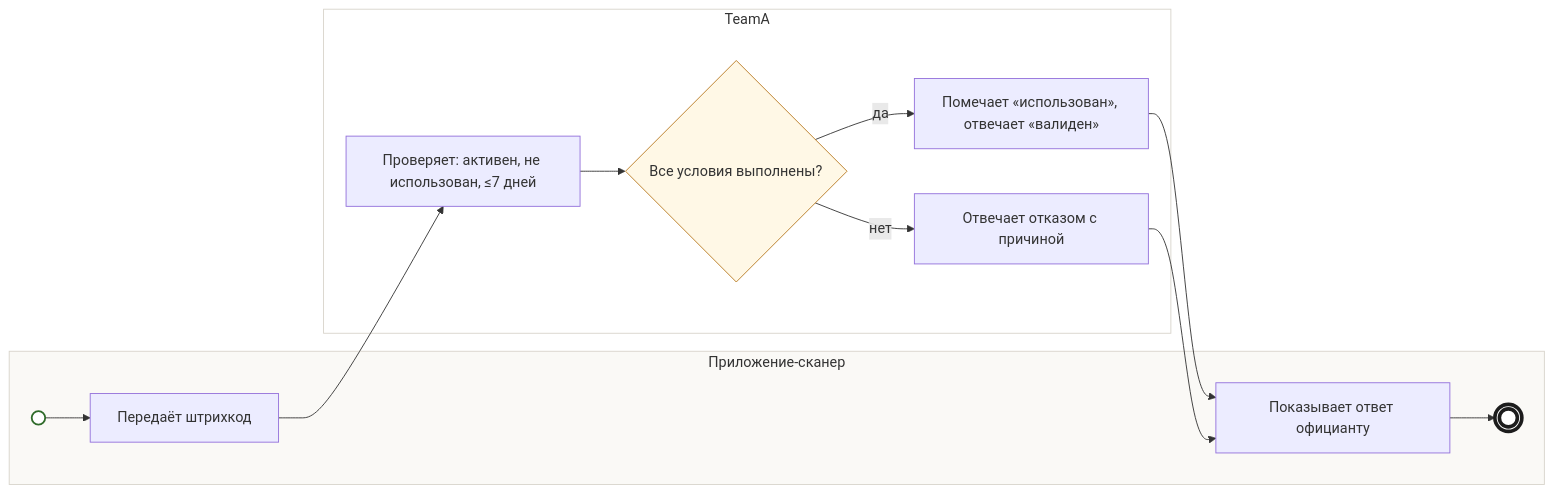
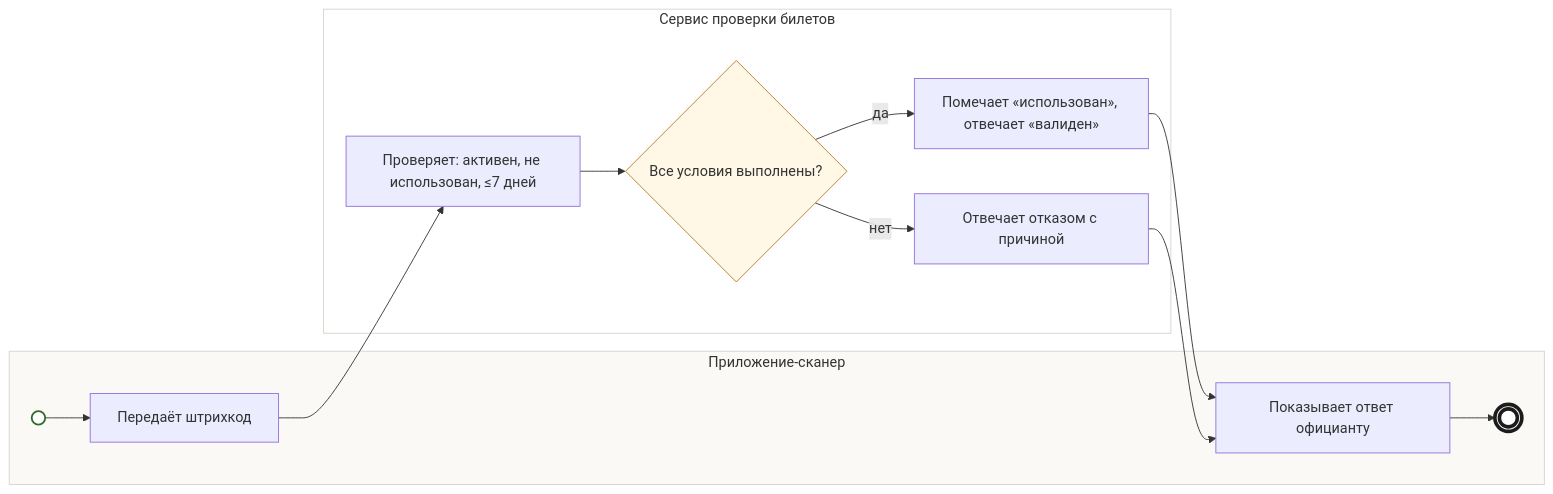
One commit to po-helper-org/poh-blueprint-writer changed the diagram in skills/bft-blueprint/examples/dineclub-restart-blueprint/backlog/tasks/bp-16.1 - Проверка-билета-активен-не-использован-≤7-дней.md. Above: the diagram before and after it, drawn with Mermaid. The commit also changed other lines of this file and 32 other files, not shown here.

````diff
--- a/skills/bft-blueprint/examples/dineclub-restart-blueprint/backlog/tasks/bp-16.1 - Проверка-билета-активен-не-использован-≤7-дней.md
+++ b/skills/bft-blueprint/examples/dineclub-restart-blueprint/backlog/tasks/bp-16.1 - Проверка-билета-активен-не-использован-≤7-дней.md
@@ -40,32 +40,32 @@
 ```mermaid
 flowchart LR
   subgraph L1["Приложение-сканер"]
     S((" "))
     N1["Передаёт штрихкод"]
     N6["Показывает ответ официанту"]
     E(((" ")))
   end
-  subgraph L2["TeamA"]
+  subgraph L2["Сервис проверки билетов"]
     N2["Проверяет: активен, не использован, ≤7 дней"]
     G3{"Все условия выполнены?"}
     N4["Помечает «использован», отвечает «валиден»"]
     N5["Отвечает отказом с причиной"]
   end
   S --> N1
   N1 --> N2
   N2 --> G3
   G3 -- да --> N4
   G3 -- нет --> N5
   N4 --> N6
   N5 --> N6
   N6 --> E
   classDef start fill:#fff,stroke:#2f6b2a,stroke-width:2px
   classDef stop fill:#fff,stroke:#1c1c1c,stroke-width:4px
   classDef gw fill:#fff8e6,stroke:#b7791f
   classDef ask color:#c0392b,stroke:#c0392b
   class S start
   class E stop
   class G3 gw
   style L1 fill:#faf9f6,stroke:#d8d4cb
   style L2 fill:#ffffff,stroke:#d8d4cb
 ```
````
